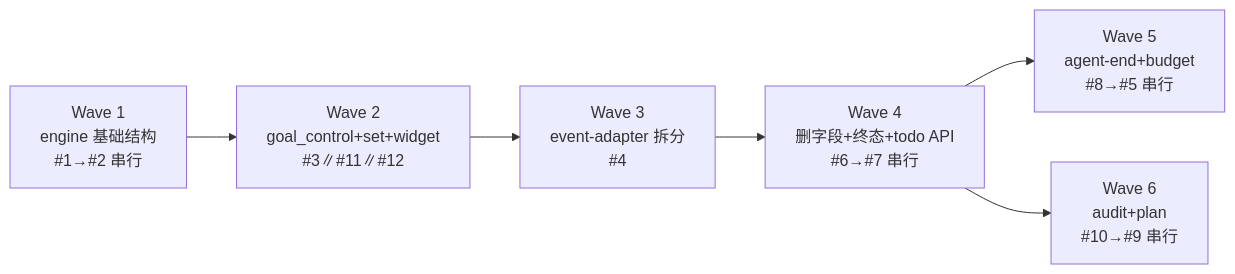
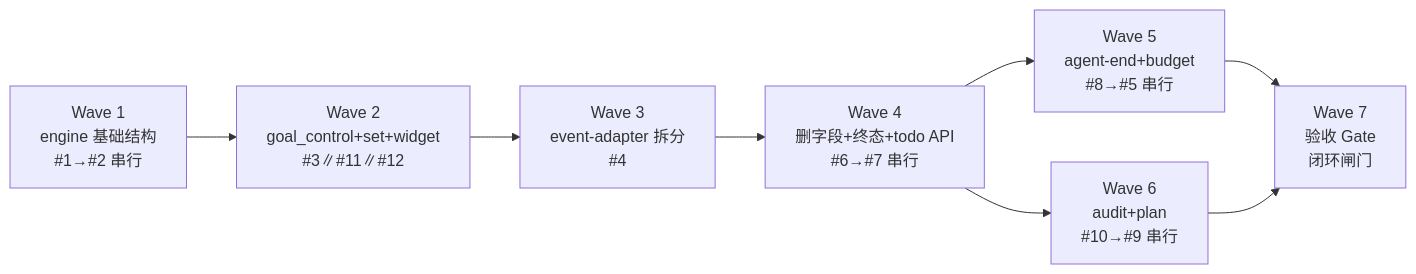
Before and after one commit to zhushanwen321/xyz-pi-extensions: the diagram in .xyz-harness/2026-06-24-goal-v2-refactor/execution-plan.md, drawn with Mermaid. The commit also changed other lines of this file and 53 other files, not shown here.

````diff
--- a/.xyz-harness/2026-06-24-goal-v2-refactor/execution-plan.md
+++ b/.xyz-harness/2026-06-24-goal-v2-refactor/execution-plan.md
@@ -13,13 +14,16 @@
 ```mermaid
 graph LR
     W1["Wave 1<br/>engine 基础结构<br/>#1→#2 串行"]
     W2["Wave 2<br/>goal_control+set+widget<br/>#3∥#11∥#12"]
     W3["Wave 3<br/>event-adapter 拆分<br/>#4"]
     W4["Wave 4<br/>删字段+终态+todo API<br/>#6→#7 串行"]
     W5["Wave 5<br/>agent-end+budget<br/>#8→#5 串行"]
     W6["Wave 6<br/>audit+plan<br/>#10→#9 串行"]
+    W7["Wave 7<br/>验收 Gate<br/>闭环闸门"]
 
     W1 --> W2 --> W3 --> W4
     W4 --> W5
     W4 --> W6
+    W5 --> W7
+    W6 --> W7
 ```
````
